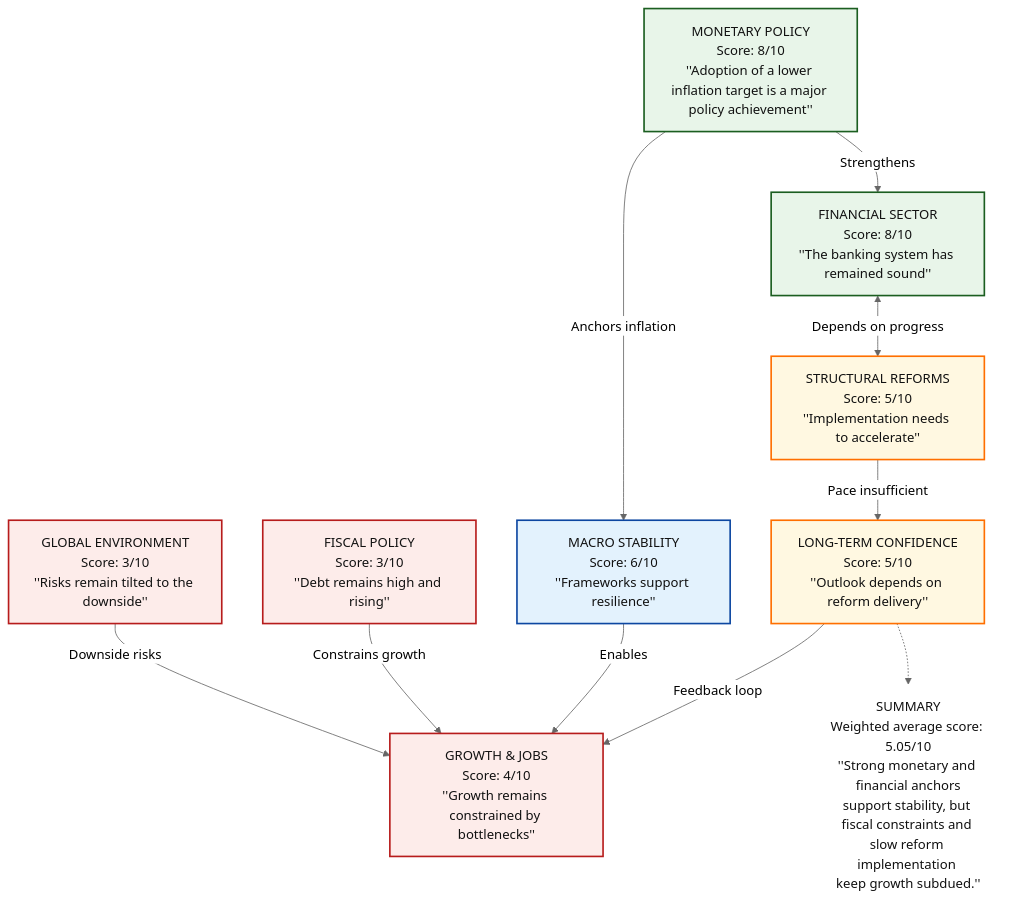
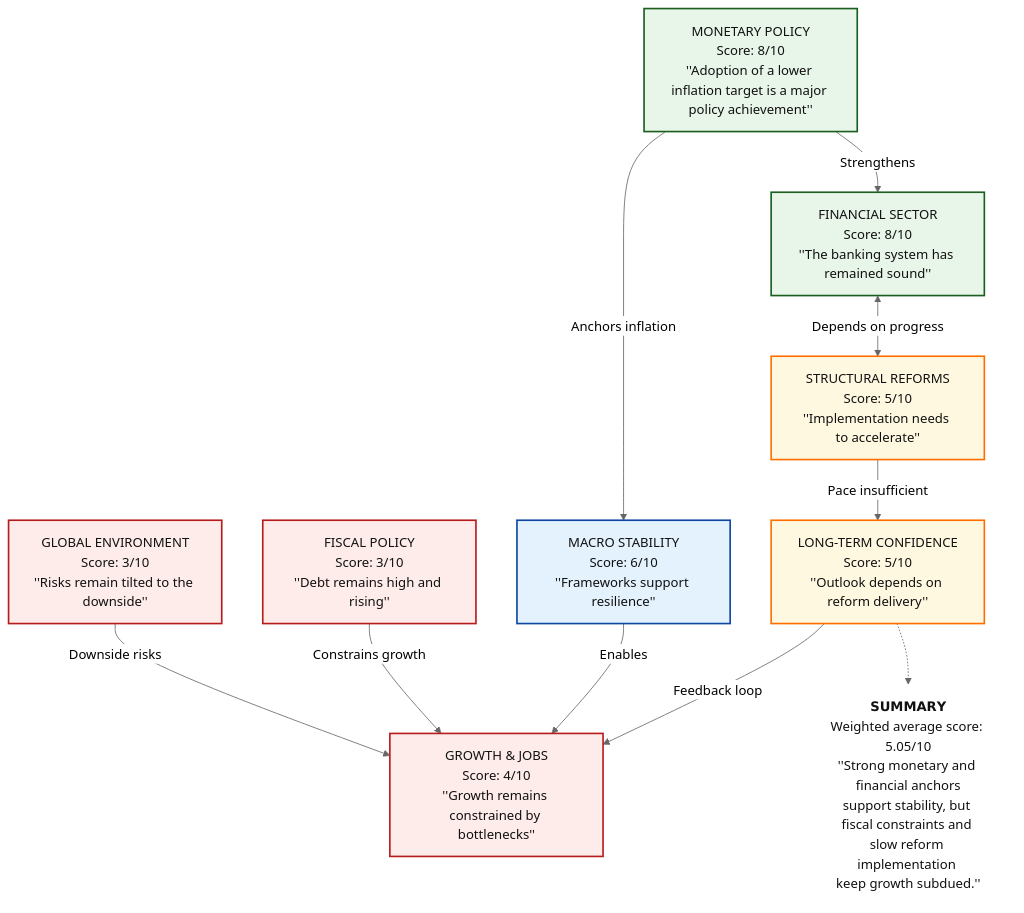
One commit to Tellusant/docs changed the diagram in articles-posts/economic-sentiment-zaf.md. Above: the diagram before and after it, drawn with Mermaid (neutral theme).

```diff
--- a/articles-posts/economic-sentiment-zaf.md
+++ b/articles-posts/economic-sentiment-zaf.md
@@ -12,40 +12,40 @@
 <div class="mermaid">
 
  flowchart TD
 
 %% ========= NODES =========
 GE["GLOBAL ENVIRONMENT\nScore: 3/10\n''Risks remain tilted to the downside''"]:::risk
 FP["FISCAL POLICY\nScore: 3/10\n''Debt remains high and rising''"]:::risk
 GJ["GROWTH & JOBS\nScore: 4/10\n''Growth remains constrained by bottlenecks''"]:::risk
 MP["MONETARY POLICY\nScore: 8/10\n''Adoption of a lower inflation target is a major policy achievement''"]:::strong
 MS["MACRO STABILITY\nScore: 6/10\n''Frameworks support resilience''"]:::neutral
 FS["FINANCIAL SECTOR\nScore: 8/10\n''The banking system has remained sound''"]:::strong
 SR["STRUCTURAL REFORMS\nScore: 5/10\n''Implementation needs to accelerate''"]:::mixed
 LC["LONG-TERM CONFIDENCE\nScore: 5/10\n''Outlook depends on reform delivery''"]:::mixed
 
 %% ========= RELATIONSHIPS =========
 GE -->|Downside risks| GJ
 FP -->|Constrains growth| GJ
 MP -->|Anchors inflation| MS
 MS -->|Enables| GJ
 MP -->|Strengthens| FS
 FS <-->|Depends on progress| SR
 SR -->|Pace insufficient| LC
 LC -->|Feedback loop| GJ
 
 %% ========= INVISIBLE LAYOUT CONTROL =========
 ANCHOR[" "]:::anchor
 
 %% ========= SUMMARY (FORCED BELOW, NO VISIBLE ARROWS) =========
-SUM["SUMMARY\nWeighted average score: 5.05/10\n''Strong monetary and financial anchors\nsupport stability, but fiscal constraints and \nslow reform implementation \nkeep growth subdued.''"]:::summary
+SUM["𝗦𝗨𝗠𝗠𝗔𝗥𝗬\nWeighted average score: 5.05/10\n''Strong monetary and financial anchors\nsupport stability, but fiscal constraints and \nslow reform implementation \nkeep growth subdued.''"]:::summary
 LC -.-> SUM:::anchor
 
 %% ========= STYLES =========
 classDef strong  fill:#E8F5E9,stroke:#1B5E20,stroke-width:2px,color:#111;
 classDef neutral fill:#E3F2FD,stroke:#0D47A1,stroke-width:2px,color:#111;
 classDef mixed   fill:#FFF8E1,stroke:#FF6F00,stroke-width:2px,color:#111;
 classDef risk    fill:#FDECEA,stroke:#B71C1C,stroke-width:2px,color:#111;
 classDef summary fill:#F5F5F5,stroke:#424242,stroke-width:2px,color:#111;
 classDef anchor fill:transparent,stroke:transparent;
 
 </div>
```
